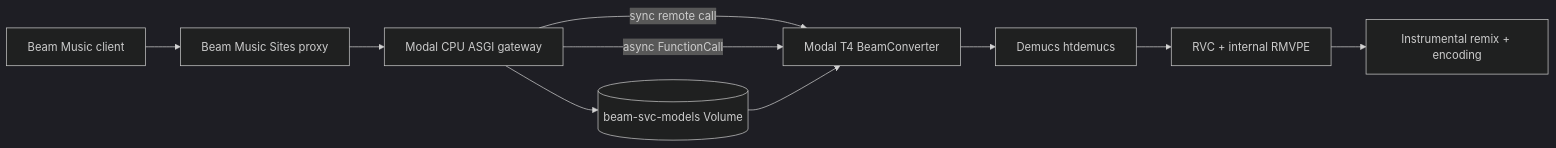
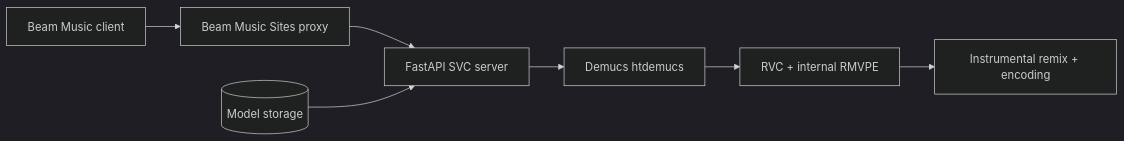
Before and after one commit to Beam-Music/beam-svc-server: the diagram in README.md, drawn with Mermaid (dark theme). The commit also changed other lines of this file and 2 other files, not shown here.

Commit message:
Replace Chris Martin model and remove Akash deployment

````diff
--- a/README.md
+++ b/README.md
@@ -45,12 +39,9 @@
 ```mermaid
 flowchart LR
     Client[Beam Music client] --> Sites[Beam Music Sites proxy]
-    Sites --> Gateway[Modal CPU ASGI gateway]
-    Gateway -->|sync remote call| GPU[Modal T4 BeamConverter]
-    Gateway -->|async FunctionCall| GPU
-    GPU --> Demucs[Demucs htdemucs]
+    Sites --> API[FastAPI SVC server]
+    API --> Demucs[Demucs htdemucs]
     Demucs --> RVC[RVC + internal RMVPE]
     RVC --> Remix[Instrumental remix + encoding]
-    Volume[(beam-svc-models Volume)] --> GPU
-    Gateway --> Volume
+    Volume[(Model storage)] --> API
 ```
````
